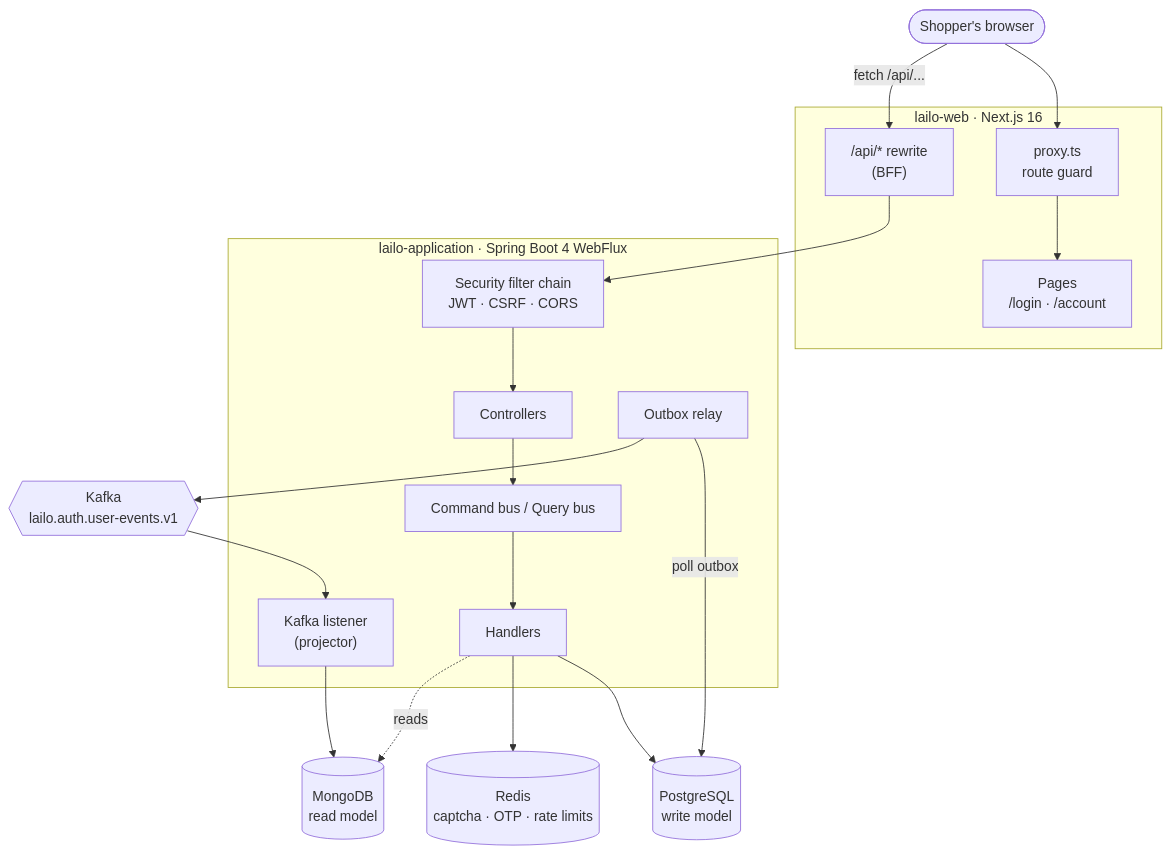
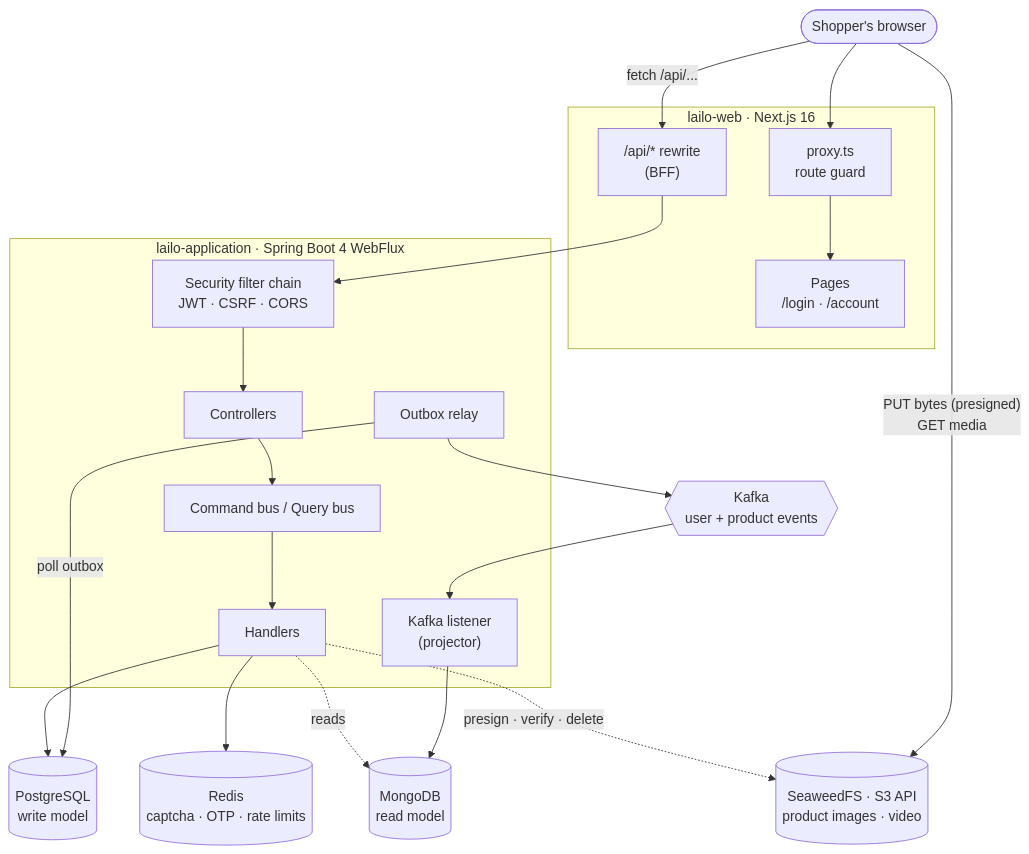
The first of 16 diagrams in docs/ARCHITECTURE.md (bhavaysavaliya/Lailo), drawn with Mermaid before and after one commit. The commit also changed other lines of this file and 89 other files, not shown here.

````diff
--- a/docs/ARCHITECTURE.md
+++ b/docs/ARCHITECTURE.md
@@ -11,32 +11,35 @@
 ```mermaid
 flowchart TB
     user([Shopper's browser])
 
     subgraph web["lailo-web · Next.js 16"]
         proxy["proxy.ts<br/>route guard"]
         pages["Pages<br/>/login · /account"]
         rewrite["/api/* rewrite<br/>(BFF)"]
     end
 
     subgraph api["lailo-application · Spring Boot 4 WebFlux"]
         sec["Security filter chain<br/>JWT · CSRF · CORS"]
         ctrl["Controllers"]
         bus["Command bus / Query bus"]
         handlers["Handlers"]
         relay["Outbox relay"]
         listener["Kafka listener<br/>(projector)"]
     end
 
     pg[("PostgreSQL<br/>write model")]
     redis[("Redis<br/>captcha · OTP · rate limits")]
-    kafka{{"Kafka<br/>lailo.auth.user-events.v1"}}
+    kafka{{"Kafka<br/>user + product events"}}
     mongo[("MongoDB<br/>read model")]
+    s3[("SeaweedFS · S3 API<br/>product images · video")]
 
     user --> proxy --> pages
     user -- "fetch /api/..." --> rewrite --> sec --> ctrl --> bus --> handlers
     handlers --> pg
     handlers --> redis
     handlers -. "reads" .-> mongo
+    handlers -. "presign · verify · delete" .-> s3
+    user -- "PUT bytes (presigned)<br/>GET media" --> s3
     relay -- "poll outbox" --> pg
     relay --> kafka --> listener --> mongo
 ```
````
